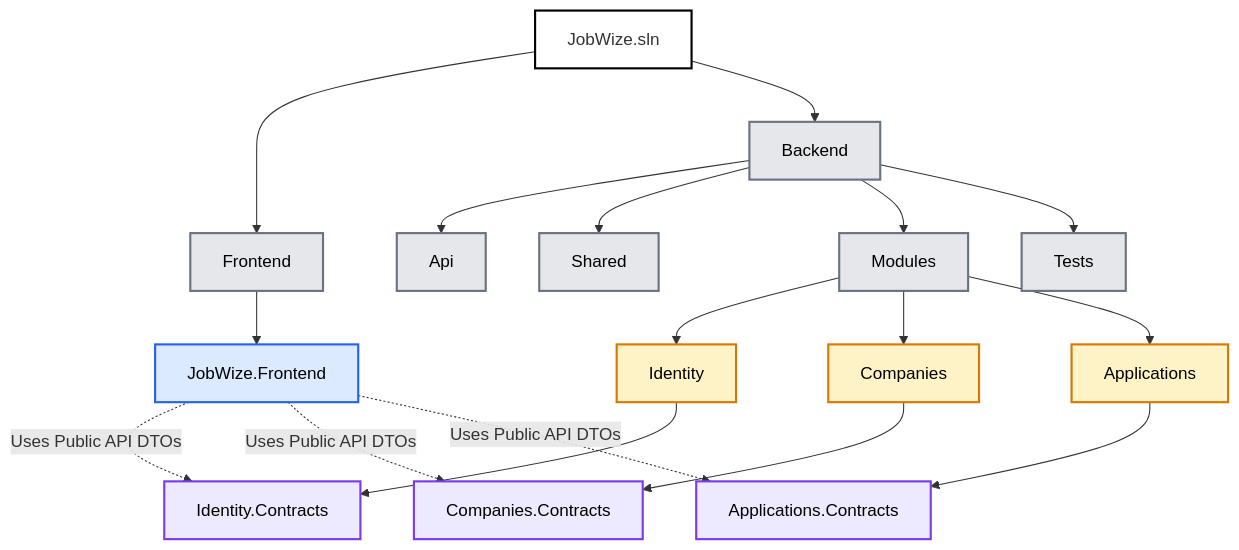
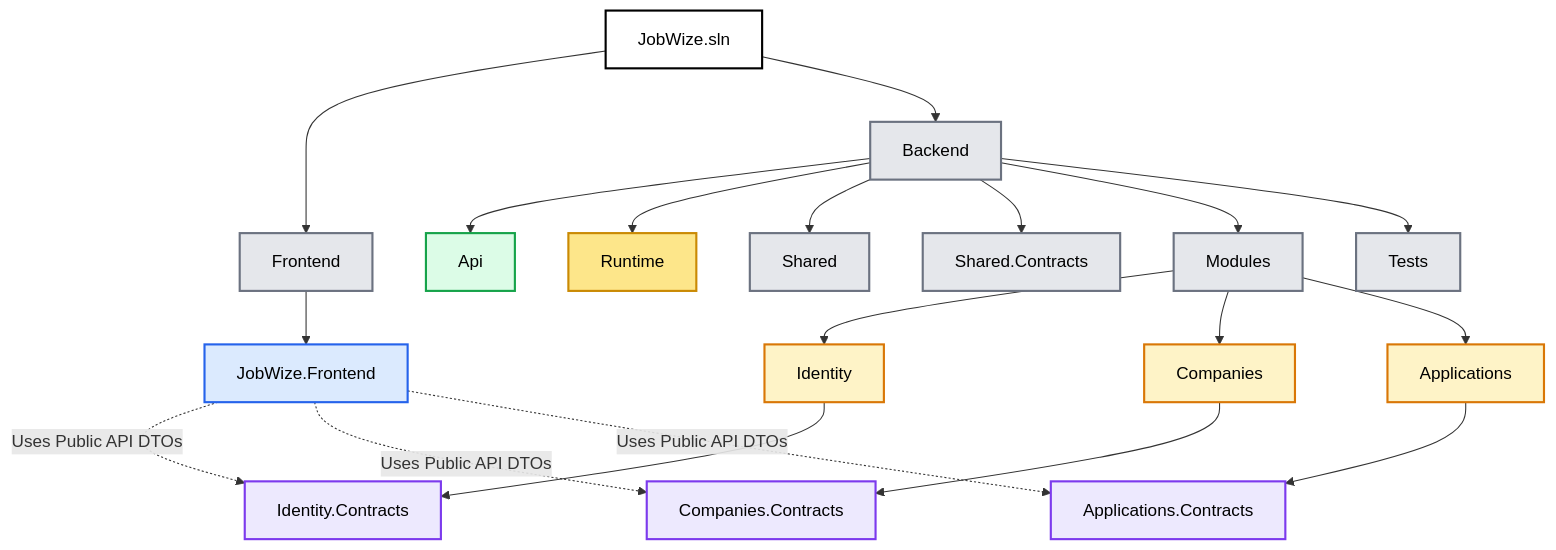
The diagram in docs/architecture/02-solution-structure.md (soufiane-rizk/Jobwize), drawn with Mermaid before and after one commit. The commit also changed other lines of this file and 10 other files, not shown here.

Commit message:
docs(architecture): document the new runtime architecture

````diff
--- a/docs/architecture/02-solution-structure.md
+++ b/docs/architecture/02-solution-structure.md
@@ -172,60 +166,66 @@
 ```mermaid
 flowchart TD
 
     SOL["JobWize.sln"]
 
     FRONTEND["Frontend"]
     BACKEND["Backend"]
 
     SOL --> FRONTEND
     SOL --> BACKEND
 
     FE["JobWize.Frontend"]
 
     FRONTEND --> FE
 
     API["Api"]
+    RUNTIME["Runtime"]
     SHARED["Shared"]
+    SHAREDC["Shared.Contracts"]
     MODULES["Modules"]
     TESTS["Tests"]
 
     BACKEND --> API
+    BACKEND --> RUNTIME
     BACKEND --> SHARED
+    BACKEND --> SHAREDC
     BACKEND --> MODULES
     BACKEND --> TESTS
 
     ID["Identity"]
     CO["Companies"]
     APP["Applications"]
 
     MODULES --> ID
     MODULES --> CO
     MODULES --> APP
 
     IDC["Identity.Contracts"]
     COC["Companies.Contracts"]
     APPC["Applications.Contracts"]
 
     ID --> IDC
     CO --> COC
     APP --> APPC
 
     FE -. Uses Public API DTOs .-> IDC
     FE -. Uses Public API DTOs .-> COC
     FE -. Uses Public API DTOs .-> APPC
 
-    classDef solution fill:#ffffff,stroke:#000000,stroke-width:2px;
+    classDef solution fill:#ffffff,stroke:#000000,color:#000,stroke-width:2px;
     classDef folder fill:#e5e7eb,stroke:#6b7280,color:#000,stroke-width:2px;
     classDef frontend fill:#dbeafe,stroke:#2563eb,color:#000,stroke-width:2px;
     classDef api fill:#dcfce7,stroke:#16a34a,color:#000,stroke-width:2px;
+    classDef runtime fill:#fde68a,stroke:#ca8a04,color:#000,stroke-width:2px;
     classDef module fill:#fef3c7,stroke:#d97706,color:#000,stroke-width:2px;
     classDef contracts fill:#ede9fe,stroke:#7c3aed,color:#000,stroke-width:2px;
     classDef tests fill:#fee2e2,stroke:#dc2626,color:#000,stroke-width:2px;
 
     class SOL solution;
-    class FRONTEND,BACKEND,API,SHARED,MODULES,TESTS folder;
+    class FRONTEND,BACKEND,SHARED,SHAREDC,MODULES,TESTS folder;
     class FE frontend;
+    class API api;
+    class RUNTIME runtime;
     class ID,CO,APP module;
     class IDC,COC,APPC contracts;
-
 ```
````
